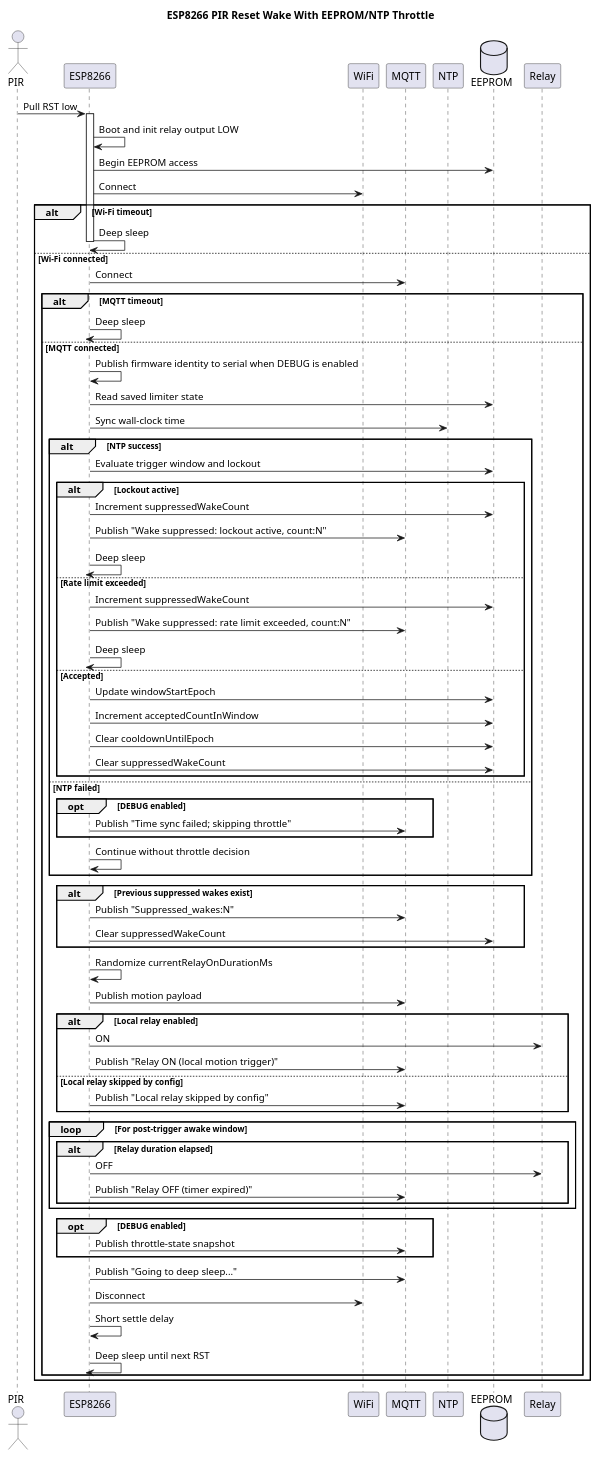
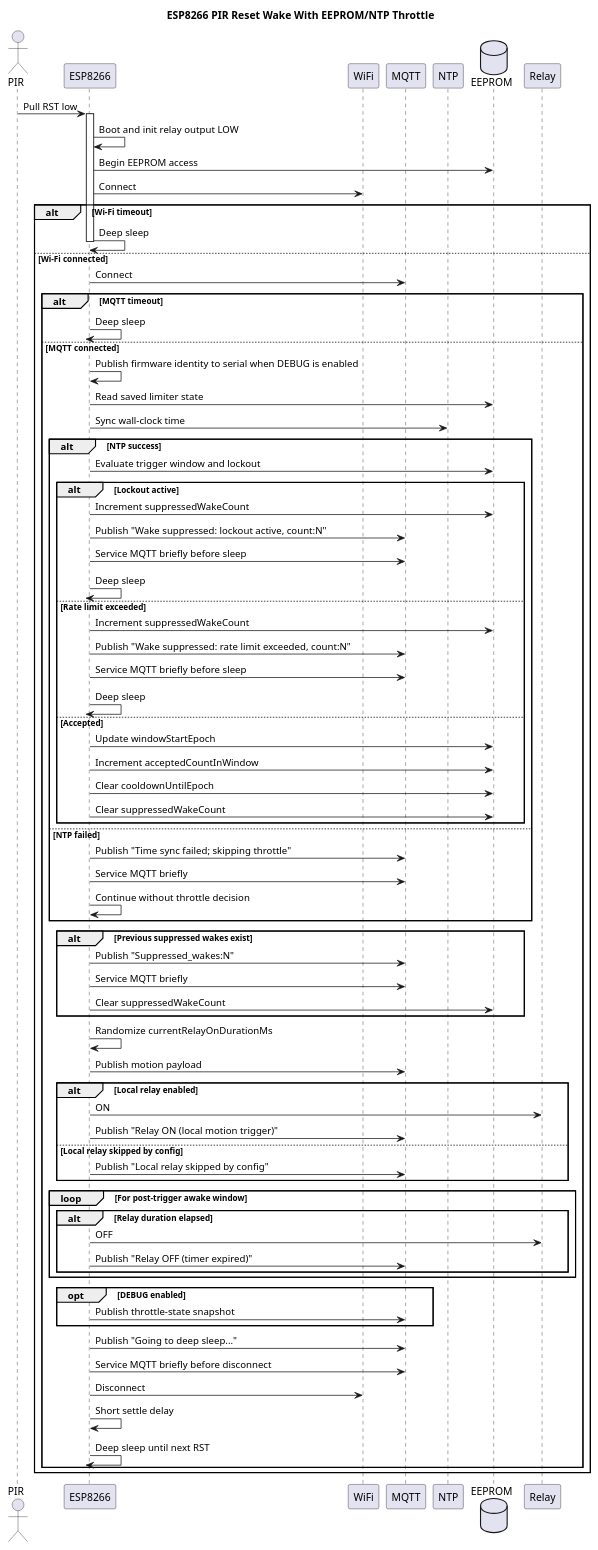
One commit to harraz/elghafeer changed the diagram in docs/firmware-flow.puml. Above: the diagram before and after it, drawn with PlantUML. The commit also changed 1 other file, not shown here.

Commit message:
Flush terminal MQTT statuses before deep sleep

```diff
--- a/docs/firmware-flow.puml
+++ b/docs/firmware-flow.puml
@@ -1,91 +1,94 @@
 @startuml
 title ESP8266 PIR Reset Wake With EEPROM/NTP Throttle
 
 actor PIR
 participant "ESP8266" as ESP
 participant "WiFi" as WIFI
 participant "MQTT" as MQTT
 participant "NTP" as NTP
 database "EEPROM" as EEPROM
 participant "Relay" as RELAY
 
 PIR -> ESP : Pull RST low
 activate ESP
 
 ESP -> ESP : Boot and init relay output LOW
 ESP -> EEPROM : Begin EEPROM access
 
 ESP -> WIFI : Connect
 alt Wi-Fi timeout
   ESP -> ESP : Deep sleep
     deactivate ESP
   else Wi-Fi connected
     ESP -> MQTT : Connect
     alt MQTT timeout
       ESP -> ESP : Deep sleep
       deactivate ESP
     else MQTT connected
       ESP -> ESP : Publish firmware identity to serial when DEBUG is enabled
 
       ESP -> EEPROM : Read saved limiter state
       ESP -> NTP : Sync wall-clock time
 
       alt NTP success
       ESP -> EEPROM : Evaluate trigger window and lockout
 
       alt Lockout active
         ESP -> EEPROM : Increment suppressedWakeCount
         ESP -> MQTT : Publish "Wake suppressed: lockout active, count:N"
+        ESP -> MQTT : Service MQTT briefly before sleep
         ESP -> ESP : Deep sleep
         deactivate ESP
       else Rate limit exceeded
         ESP -> EEPROM : Increment suppressedWakeCount
         ESP -> MQTT : Publish "Wake suppressed: rate limit exceeded, count:N"
+        ESP -> MQTT : Service MQTT briefly before sleep
         ESP -> ESP : Deep sleep
         deactivate ESP
       else Accepted
         ESP -> EEPROM : Update windowStartEpoch
         ESP -> EEPROM : Increment acceptedCountInWindow
         ESP -> EEPROM : Clear cooldownUntilEpoch
         ESP -> EEPROM : Clear suppressedWakeCount
       end
     else NTP failed
-      opt DEBUG enabled
-        ESP -> MQTT : Publish "Time sync failed; skipping throttle"
-      end
+      ESP -> MQTT : Publish "Time sync failed; skipping throttle"
+      ESP -> MQTT : Service MQTT briefly
       ESP -> ESP : Continue without throttle decision
     end
 
     alt Previous suppressed wakes exist
       ESP -> MQTT : Publish "Suppressed_wakes:N"
+      ESP -> MQTT : Service MQTT briefly
       ESP -> EEPROM : Clear suppressedWakeCount
     end
 
     ESP -> ESP : Randomize currentRelayOnDurationMs
     ESP -> MQTT : Publish motion payload
     alt Local relay enabled
       ESP -> RELAY : ON
       ESP -> MQTT : Publish "Relay ON (local motion trigger)"
     else Local relay skipped by config
       ESP -> MQTT : Publish "Local relay skipped by config"
     end
 
     loop For post-trigger awake window
       alt Relay duration elapsed
         ESP -> RELAY : OFF
         ESP -> MQTT : Publish "Relay OFF (timer expired)"
       end
     end
 
     opt DEBUG enabled
       ESP -> MQTT : Publish throttle-state snapshot
     end
 
     ESP -> MQTT : Publish "Going to deep sleep..."
+    ESP -> MQTT : Service MQTT briefly before disconnect
     ESP -> WIFI : Disconnect
     ESP -> ESP : Short settle delay
     ESP -> ESP : Deep sleep until next RST
     deactivate ESP
   end
 end
 @enduml
```
